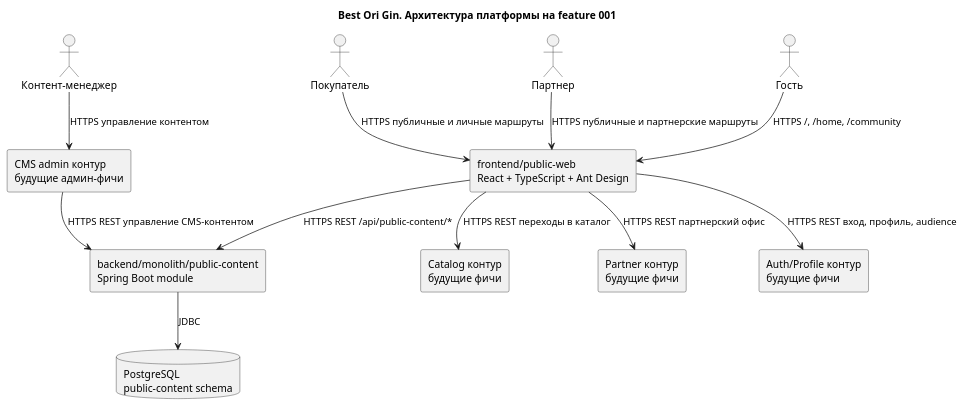
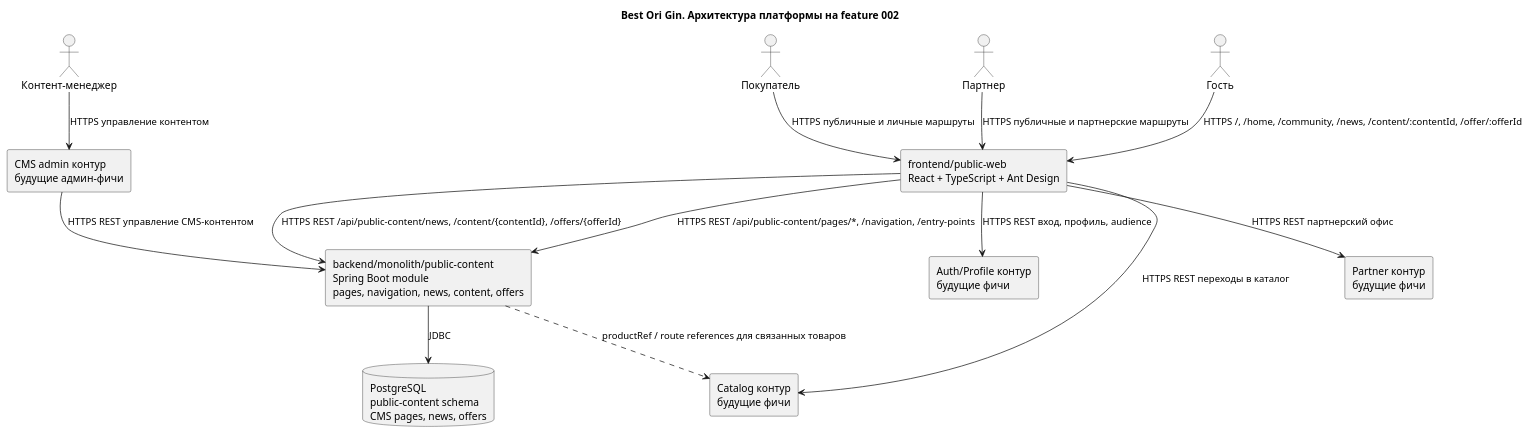
The diagram in agents/architecture/architecture.plantuml (alextaralexander/ai_ori_test), drawn with PlantUML before and after one commit. The commit also changed 58 other files, not shown here.

```diff
--- a/agents/architecture/architecture.plantuml
+++ b/agents/architecture/architecture.plantuml
@@ -1,31 +1,33 @@
 @startuml
-title Best Ori Gin. Архитектура платформы на feature 001
+title Best Ori Gin. Архитектура платформы на feature 002
 
 skinparam componentStyle rectangle
 
 actor "Гость" as Guest
 actor "Покупатель" as Customer
 actor "Партнер" as Partner
 actor "Контент-менеджер" as ContentManager
 
 component "frontend/public-web\nReact + TypeScript + Ant Design" as PublicWeb
-component "backend/monolith/public-content\nSpring Boot module" as PublicContent
-database "PostgreSQL\npublic-content schema" as PublicDb
+component "backend/monolith/public-content\nSpring Boot module\npages, navigation, news, content, offers" as PublicContent
+database "PostgreSQL\npublic-content schema\nCMS pages, news, offers" as PublicDb
 component "CMS admin контур\nбудущие админ-фичи" as CmsAdmin
 component "Auth/Profile контур\nбудущие фичи" as AuthProfile
 component "Catalog контур\nбудущие фичи" as Catalog
 component "Partner контур\nбудущие фичи" as PartnerArea
 
-Guest --> PublicWeb : HTTPS /, /home, /community
+Guest --> PublicWeb : HTTPS /, /home, /community, /news, /content/:contentId, /offer/:offerId
 Customer --> PublicWeb : HTTPS публичные и личные маршруты
 Partner --> PublicWeb : HTTPS публичные и партнерские маршруты
 ContentManager --> CmsAdmin : HTTPS управление контентом
 
-PublicWeb --> PublicContent : HTTPS REST /api/public-content/*
+PublicWeb --> PublicContent : HTTPS REST /api/public-content/pages/*, /navigation, /entry-points
+PublicWeb --> PublicContent : HTTPS REST /api/public-content/news, /content/{contentId}, /offers/{offerId}
 PublicContent --> PublicDb : JDBC
 CmsAdmin --> PublicContent : HTTPS REST управление CMS-контентом
 PublicWeb --> AuthProfile : HTTPS REST вход, профиль, audience
 PublicWeb --> Catalog : HTTPS REST переходы в каталог
+PublicContent ..> Catalog : productRef / route references для связанных товаров
 PublicWeb --> PartnerArea : HTTPS REST партнерский офис
 
 @enduml
```
